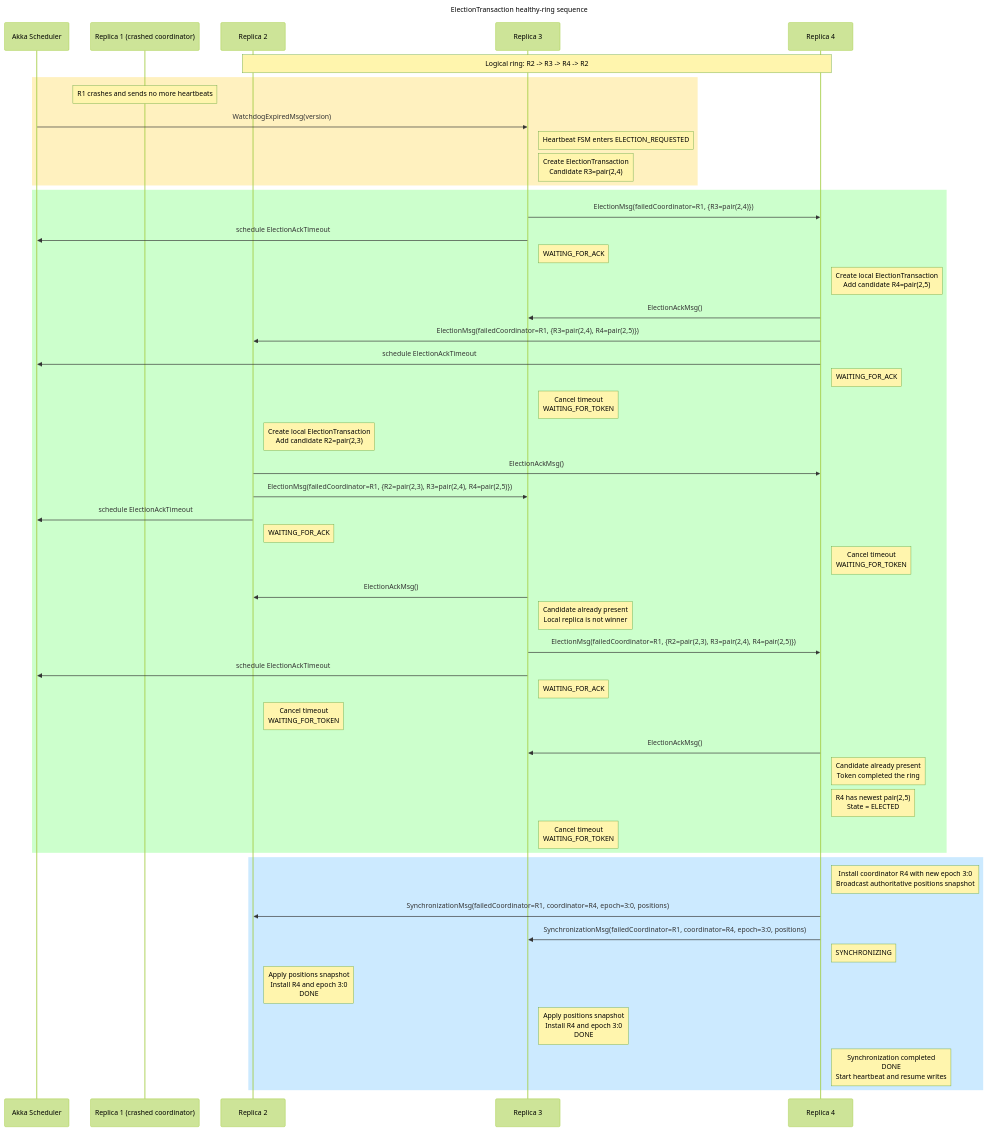
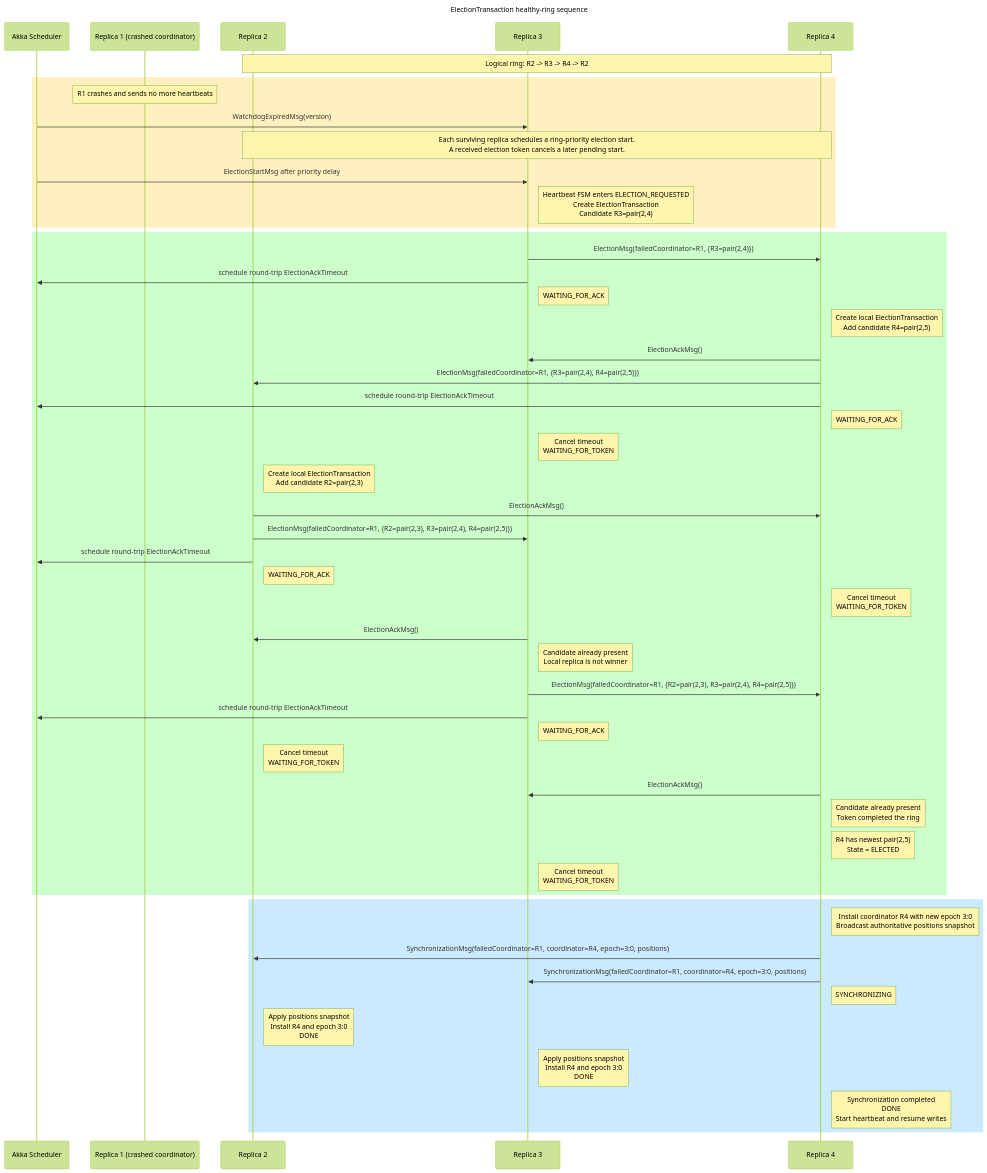
Before and after one commit to alanmasu/CoreDump_DS_Project: the diagram in charts/Transactions/transaction_Election.mmd, drawn with Mermaid. The commit also changed 3 other files, not shown here.

```diff
--- a/charts/Transactions/transaction_Election.mmd
+++ b/charts/Transactions/transaction_Election.mmd
@@ -1,68 +1,69 @@
 ---
 title: ElectionTransaction healthy-ring sequence
 config:
   theme: forest
 ---
 
 sequenceDiagram
     participant S as Akka Scheduler
     participant R1 as Replica 1 (crashed coordinator)
     participant R2 as Replica 2
     participant R3 as Replica 3
     participant R4 as Replica 4
 
     Note over R2,R4: Logical ring: R2 -> R3 -> R4 -> R2
 
     rect rgba(255, 200, 0, 0.25)
         Note over R1: R1 crashes and sends no more heartbeats
         S ->> R3: WatchdogExpiredMsg(version)
-        Note right of R3: Heartbeat FSM enters ELECTION_REQUESTED
-        Note right of R3: Create ElectionTransaction<br/>Candidate R3=pair(2,4)
+        Note over R2,R4: Each surviving replica schedules a ring-priority election start.<br/>A received election token cancels a later pending start.
+        S ->> R3: ElectionStartMsg after priority delay
+        Note right of R3: Heartbeat FSM enters ELECTION_REQUESTED<br/>Create ElectionTransaction<br/>Candidate R3=pair(2,4)
     end
 
     rect rgba(0, 255, 0, 0.20)
         R3 ->> R4: ElectionMsg(failedCoordinator=R1, {R3=pair(2,4)})
-        R3 ->> S: schedule ElectionAckTimeout
+        R3 ->> S: schedule round-trip ElectionAckTimeout
         Note right of R3: WAITING_FOR_ACK
 
         Note right of R4: Create local ElectionTransaction<br/>Add candidate R4=pair(2,5)
         R4 ->> R3: ElectionAckMsg()
         R4 ->> R2: ElectionMsg(failedCoordinator=R1, {R3=pair(2,4), R4=pair(2,5)})
-        R4 ->> S: schedule ElectionAckTimeout
+        R4 ->> S: schedule round-trip ElectionAckTimeout
         Note right of R4: WAITING_FOR_ACK
 
         Note right of R3: Cancel timeout<br/>WAITING_FOR_TOKEN
 
         Note right of R2: Create local ElectionTransaction<br/>Add candidate R2=pair(2,3)
         R2 ->> R4: ElectionAckMsg()
         R2 ->> R3: ElectionMsg(failedCoordinator=R1, {R2=pair(2,3), R3=pair(2,4), R4=pair(2,5)})
-        R2 ->> S: schedule ElectionAckTimeout
+        R2 ->> S: schedule round-trip ElectionAckTimeout
         Note right of R2: WAITING_FOR_ACK
 
         Note right of R4: Cancel timeout<br/>WAITING_FOR_TOKEN
 
         R3 ->> R2: ElectionAckMsg()
         Note right of R3: Candidate already present<br/>Local replica is not winner
         R3 ->> R4: ElectionMsg(failedCoordinator=R1, {R2=pair(2,3), R3=pair(2,4), R4=pair(2,5)})
-        R3 ->> S: schedule ElectionAckTimeout
+        R3 ->> S: schedule round-trip ElectionAckTimeout
         Note right of R3: WAITING_FOR_ACK
 
         Note right of R2: Cancel timeout<br/>WAITING_FOR_TOKEN
 
         R4 ->> R3: ElectionAckMsg()
         Note right of R4: Candidate already present<br/>Token completed the ring
         Note right of R4: R4 has newest pair(2,5)<br/>State = ELECTED
         Note right of R3: Cancel timeout<br/>WAITING_FOR_TOKEN
     end
 
     rect rgba(0, 150, 255, 0.20)
         Note right of R4: Install coordinator R4 with new epoch 3:0<br/>Broadcast authoritative positions snapshot
         R4 ->> R2: SynchronizationMsg(failedCoordinator=R1, coordinator=R4, epoch=3:0, positions)
         R4 ->> R3: SynchronizationMsg(failedCoordinator=R1, coordinator=R4, epoch=3:0, positions)
         Note right of R4: SYNCHRONIZING
 
         Note right of R2: Apply positions snapshot<br/>Install R4 and epoch 3:0<br/>DONE
         Note right of R3: Apply positions snapshot<br/>Install R4 and epoch 3:0<br/>DONE
 
         Note right of R4: Synchronization completed<br/>DONE<br/>Start heartbeat and resume writes
     end
```
